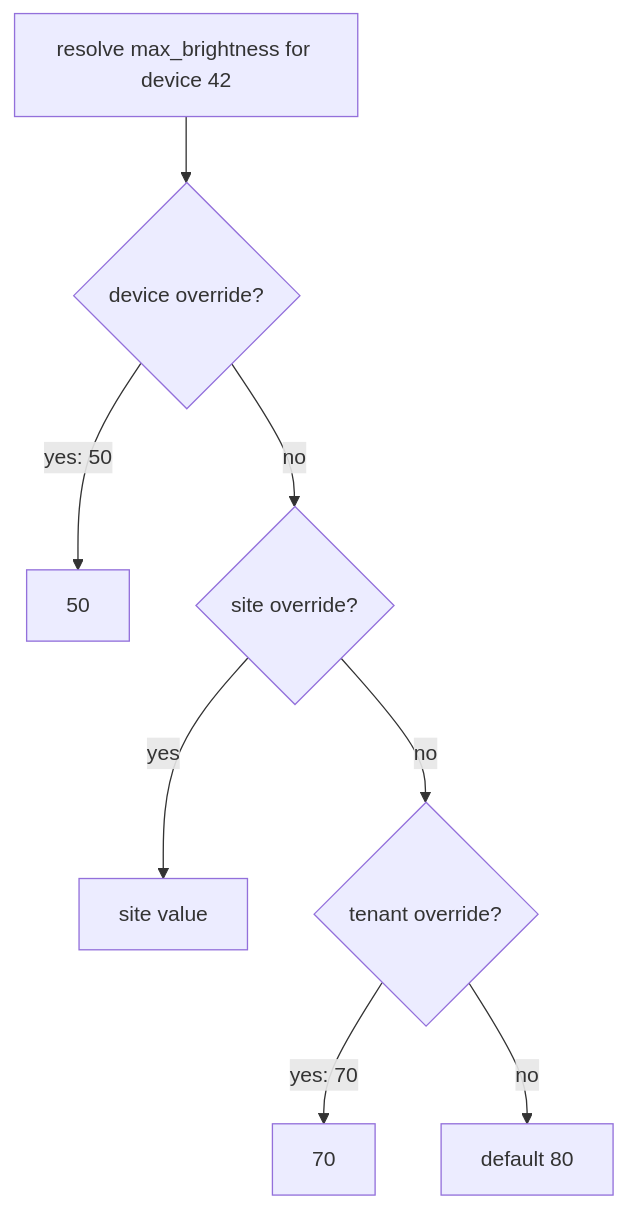
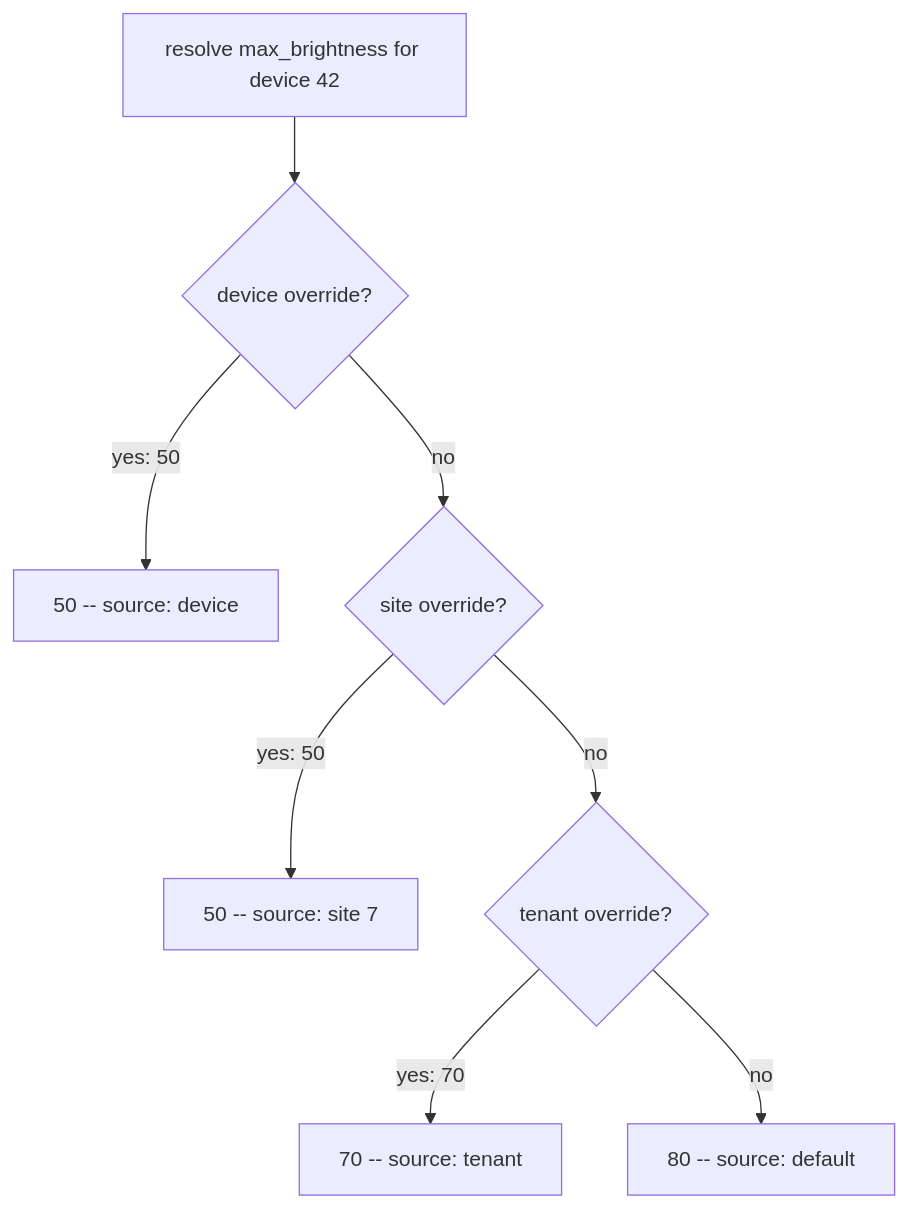
Before and after one commit to Sundeepg98/deepdive-rehearsal: the diagram in src/topics-md/shared-definition.md, drawn with Mermaid. The commit also changed other lines of this file and 41 other files, not shown here.

````diff
--- a/src/topics-md/shared-definition.md
+++ b/src/topics-md/shared-definition.md
@@ -283,10 +596,10 @@
 ```mermaid
 flowchart TD
   Q["resolve max_brightness for device 42"] --> D{"device override?"}
-  D -- "yes: 50" --> R1[50]
+  D -- "yes: 50" --> R1["50 -- source: device"]
   D -- no --> S{"site override?"}
-  S -- yes --> R2[site value]
+  S -- "yes: 50" --> R2["50 -- source: site 7"]
   S -- no --> T{"tenant override?"}
-  T -- "yes: 70" --> R3[70]
-  T -- no --> DEF["default 80"]
+  T -- "yes: 70" --> R3["70 -- source: tenant"]
+  T -- no --> DEF["80 -- source: default"]
 ```
````
